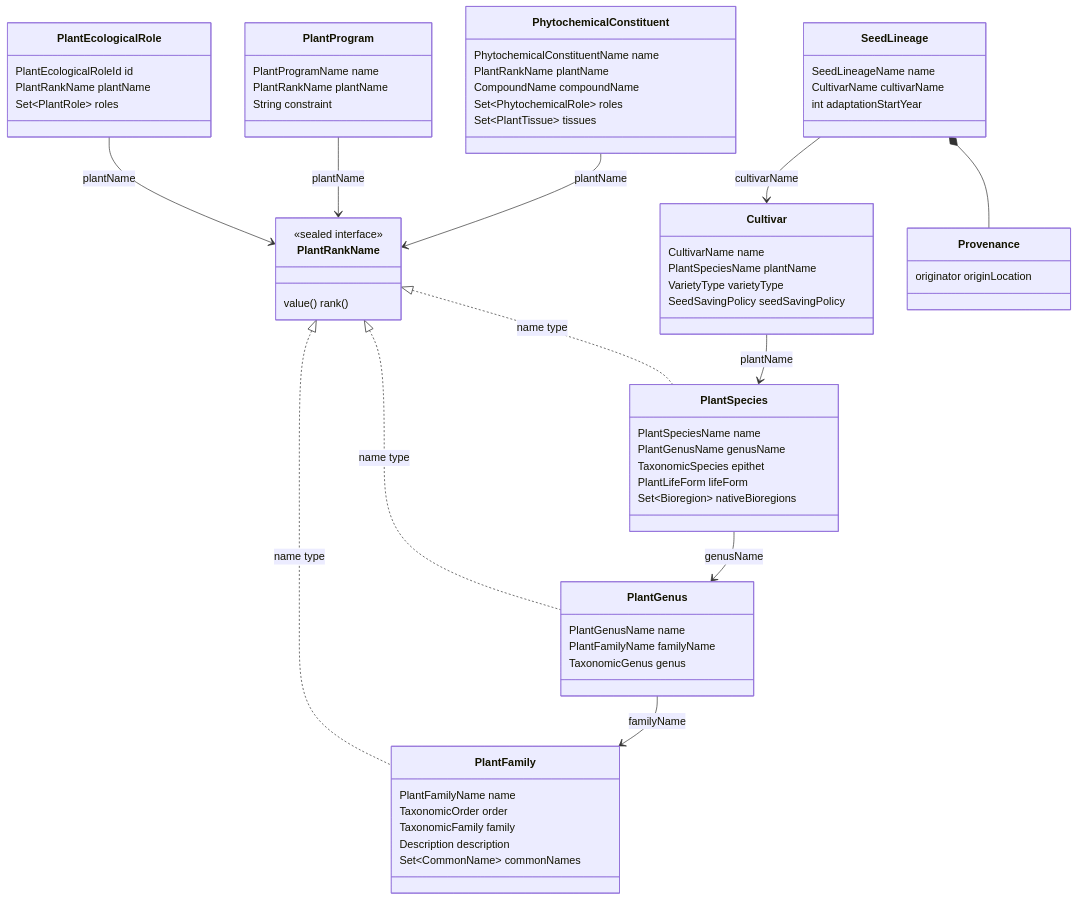
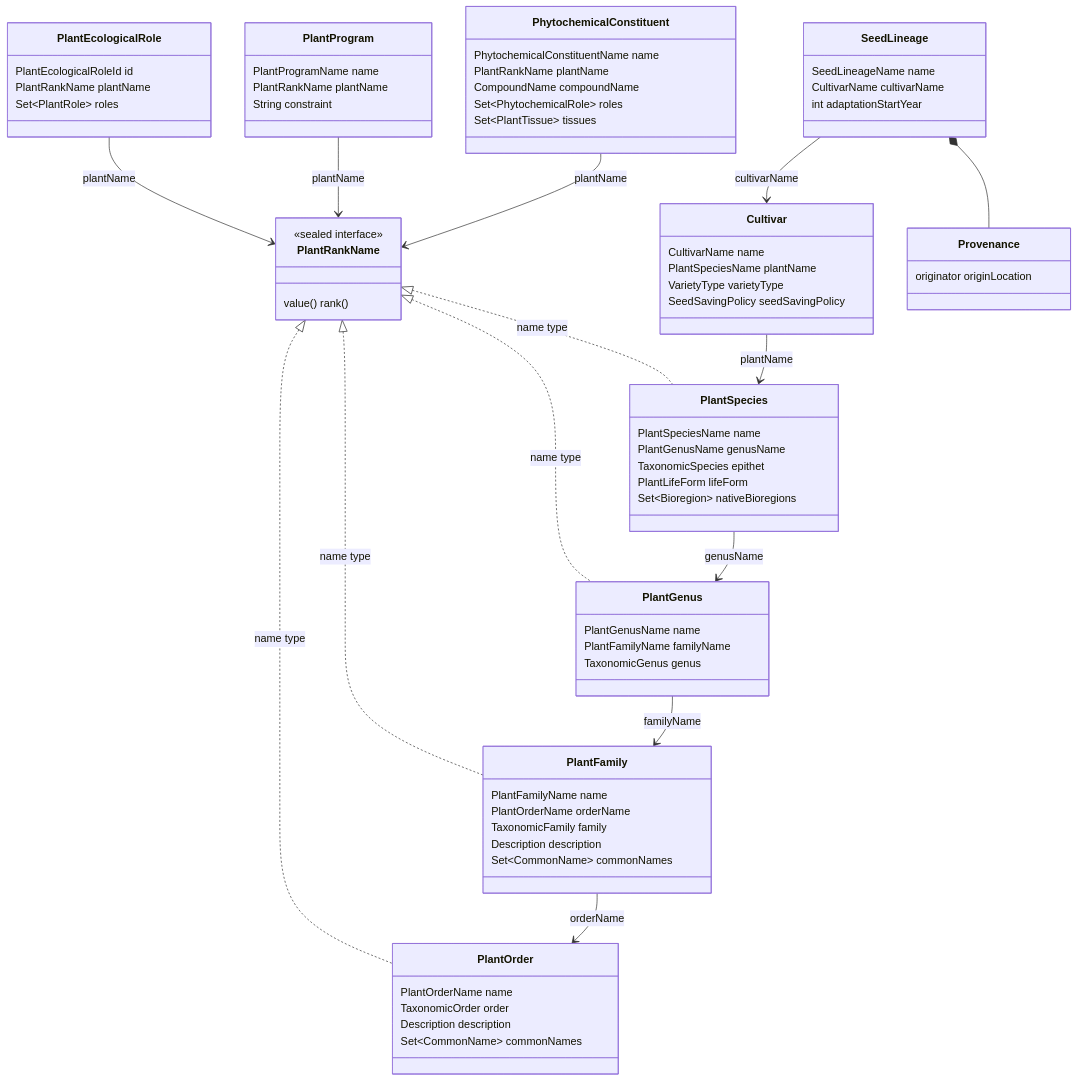
The third of 4 diagrams in domains/plants/docs/plants-ubl.md (pway99/naturalist), drawn with Mermaid before and after one commit. The commit also changed other lines of this file and 44 other files, not shown here.

First line of the commit message:
feat(plants): PlantOrder closes the rank chain (M2g)

````diff
--- a/domains/plants/docs/plants-ubl.md
+++ b/domains/plants/docs/plants-ubl.md
@@ -121,67 +123,75 @@
 ```mermaid
 classDiagram
     class PlantRankName {
         <<sealed interface>>
         value() rank()
     }
+    class PlantOrder {
+        PlantOrderName name
+        TaxonomicOrder order
+        Description description
+        Set~CommonName~ commonNames
+    }
     class PlantFamily {
         PlantFamilyName name
-        TaxonomicOrder order
+        PlantOrderName orderName
         TaxonomicFamily family
         Description description
         Set~CommonName~ commonNames
     }
     class PlantGenus {
         PlantGenusName name
         PlantFamilyName familyName
         TaxonomicGenus genus
     }
     class PlantSpecies {
         PlantSpeciesName name
         PlantGenusName genusName
         TaxonomicSpecies epithet
         PlantLifeForm lifeForm
         Set~Bioregion~ nativeBioregions
     }
     class PlantEcologicalRole {
         PlantEcologicalRoleId id
         PlantRankName plantName
         Set~PlantRole~ roles
     }
     class Cultivar {
         CultivarName name
         PlantSpeciesName plantName
         VarietyType varietyType
         SeedSavingPolicy seedSavingPolicy
     }
     class SeedLineage {
         SeedLineageName name
         CultivarName cultivarName
         int adaptationStartYear
     }
     class Provenance { originator originLocation }
     class PlantProgram {
         PlantProgramName name
         PlantRankName plantName
         String constraint
     }
     class PhytochemicalConstituent {
         PhytochemicalConstituentName name
         PlantRankName plantName
         CompoundName compoundName
         Set~PhytochemicalRole~ roles
         Set~PlantTissue~ tissues
     }
 
+    PlantRankName <|.. PlantOrder : name type
     PlantRankName <|.. PlantFamily : name type
     PlantRankName <|.. PlantGenus : name type
     PlantRankName <|.. PlantSpecies : name type
     PlantSpecies --> PlantGenus : genusName
     PlantGenus --> PlantFamily : familyName
+    PlantFamily --> PlantOrder : orderName
     PlantEcologicalRole --> PlantRankName : plantName
     PlantProgram --> PlantRankName : plantName
     PhytochemicalConstituent --> PlantRankName : plantName
     Cultivar --> PlantSpecies : plantName
     SeedLineage --> Cultivar : cultivarName
     SeedLineage *-- Provenance
 ```
````
